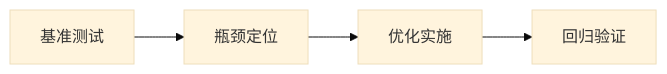
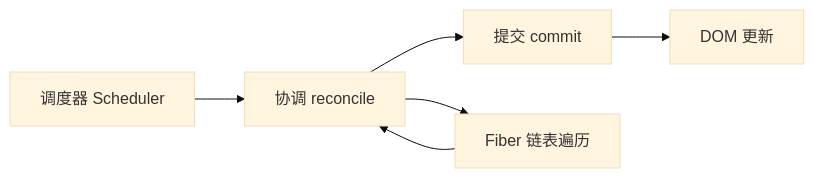
One commit to yanggan2015/knowledge-json-v2 changed the diagram in articles/React/chapters/007-React基础的性能优化技巧.md. Above: the diagram before and after it, drawn with Mermaid (base theme). The commit also changed other lines of this file and 10127 other files, not shown here.

````diff
--- a/articles/React/chapters/007-React基础的性能优化技巧.md
+++ b/articles/React/chapters/007-React基础的性能优化技巧.md
@@ -45,10 +34,8 @@
 ```mermaid
 flowchart LR
-    S0[基准测试]
-    S1[瓶颈定位]
-    S2[优化实施]
-    S3[回归验证]
-    S0 --> S1
-    S1 --> S2
-    S2 --> S3
+    A[调度器 Scheduler] --> B[协调 reconcile]
+    B --> C[提交 commit]
+    C --> D[DOM 更新]
+    B --> E[Fiber 链表遍历]
+    E --> B
 ```
````
